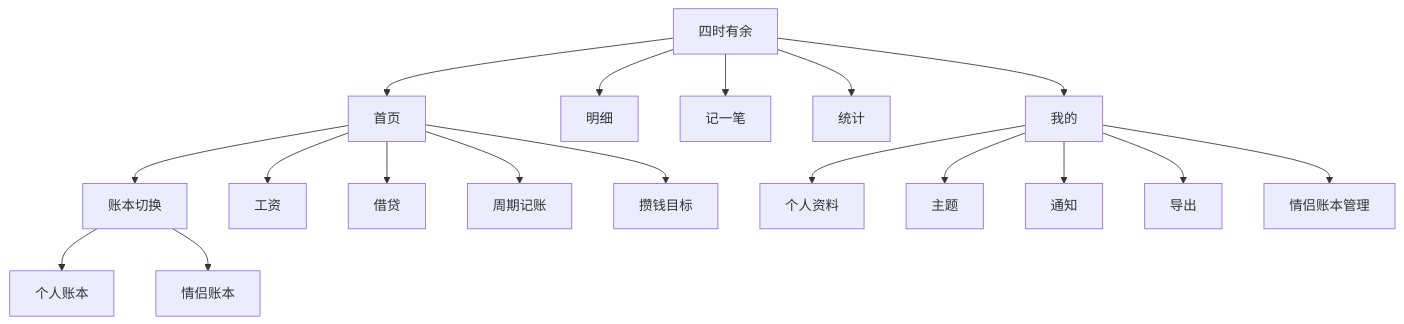
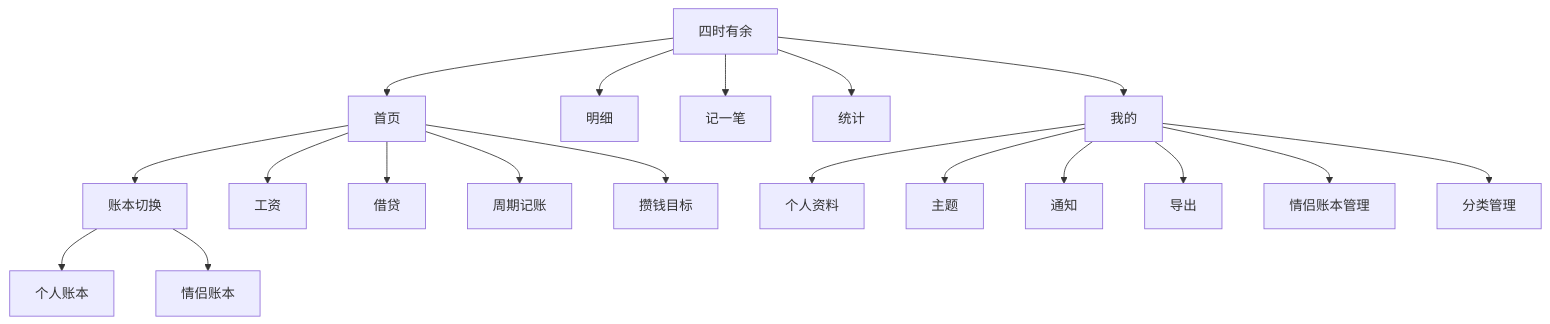
One commit to duanap/siyu changed the diagram in docs/design/INFORMATION_ARCHITECTURE.md. Above: the diagram before and after it, drawn with Mermaid. The commit also changed other lines of this file and 42 other files, not shown here.

````diff
--- a/docs/design/INFORMATION_ARCHITECTURE.md
+++ b/docs/design/INFORMATION_ARCHITECTURE.md
@@ -15,24 +15,25 @@
 ```mermaid
 flowchart TB
     APP[四时有余]
     APP --> HOME[首页]
     APP --> ENTRIES[明细]
     APP --> CREATE[记一笔]
     APP --> STAT[统计]
     APP --> ME[我的]
 
     HOME --> LEDGER[账本切换]
     HOME --> SALARY[工资]
     HOME --> DEBT[借贷]
     HOME --> RECUR[周期记账]
     HOME --> SAVING[攒钱目标]
 
     LEDGER --> PERSONAL[个人账本]
     LEDGER --> COUPLE[情侣账本]
 
     ME --> PROFILE[个人资料]
     ME --> THEME[主题]
     ME --> NOTICE[通知]
     ME --> EXPORT[导出]
     ME --> COUPLE_MGMT[情侣账本管理]
+    ME --> CATEGORY_MGMT[分类管理]
 ```
````
